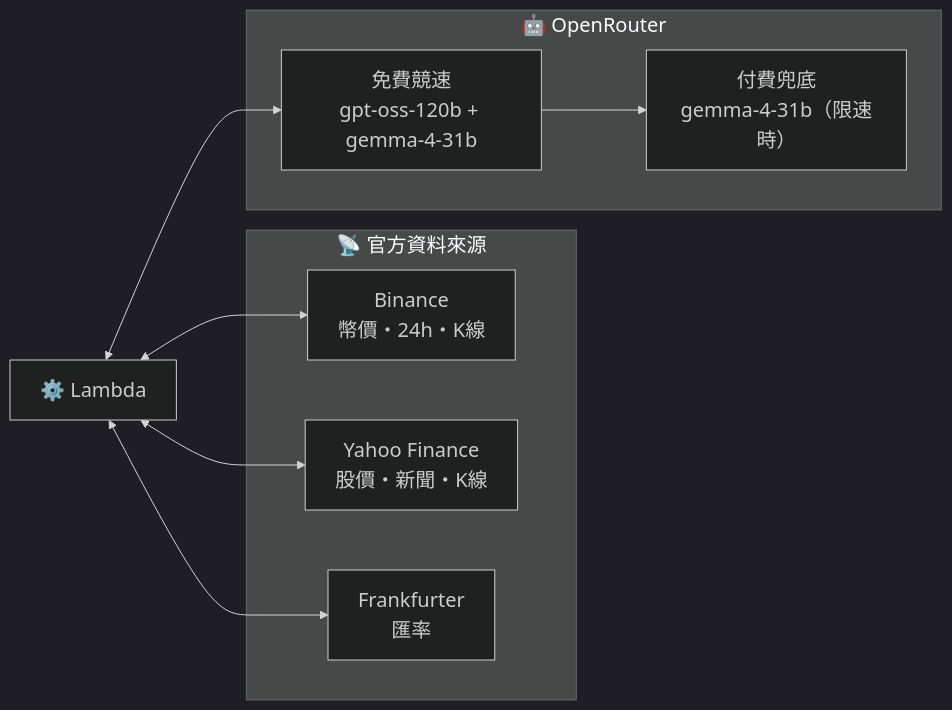
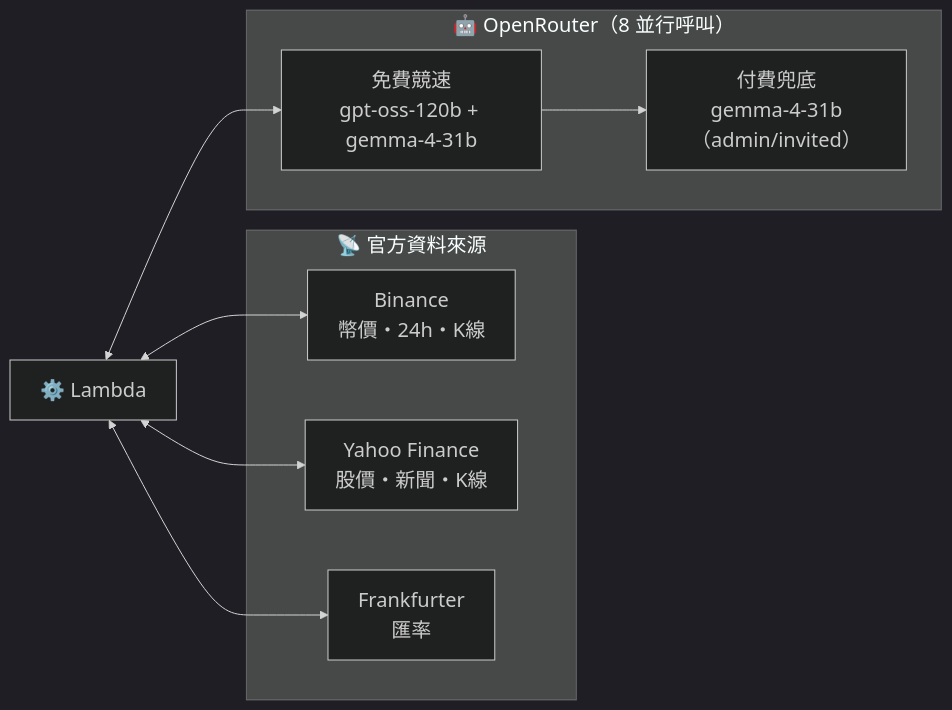
One commit to burma2005/asset-report-bot changed the second of 3 diagrams in README.md. Above: the diagram before and after it, drawn with Mermaid. The commit also changed other lines of this file and 10 other files, not shown here.

````diff
--- a/README.md
+++ b/README.md
@@ -26,19 +33,19 @@
 ```mermaid
 %%{init: {'theme':'dark', 'themeVariables': {'fontSize':'20px'}, 'flowchart': {'nodeSpacing': 60, 'rankSpacing': 70}}}%%
 flowchart LR
     LB["⚙️ Lambda"]
 
     subgraph APIs["📡 官方資料來源"]
         BN["Binance<br/>幣價・24h・K線"]
         YF["Yahoo Finance<br/>股價・新聞・K線"]
         FK["Frankfurter<br/>匯率"]
     end
 
-    subgraph AI["🤖 OpenRouter"]
+    subgraph AI["🤖 OpenRouter（8 並行呼叫）"]
         R1["免費競速<br/>gpt-oss-120b + gemma-4-31b"]
-        R2["付費兜底<br/>gemma-4-31b（限速時）"]
+        R2["付費兜底<br/>gemma-4-31b（admin/invited）"]
     end
 
     LB <--> BN & YF & FK
     LB <--> R1 --> R2
 ```
````
